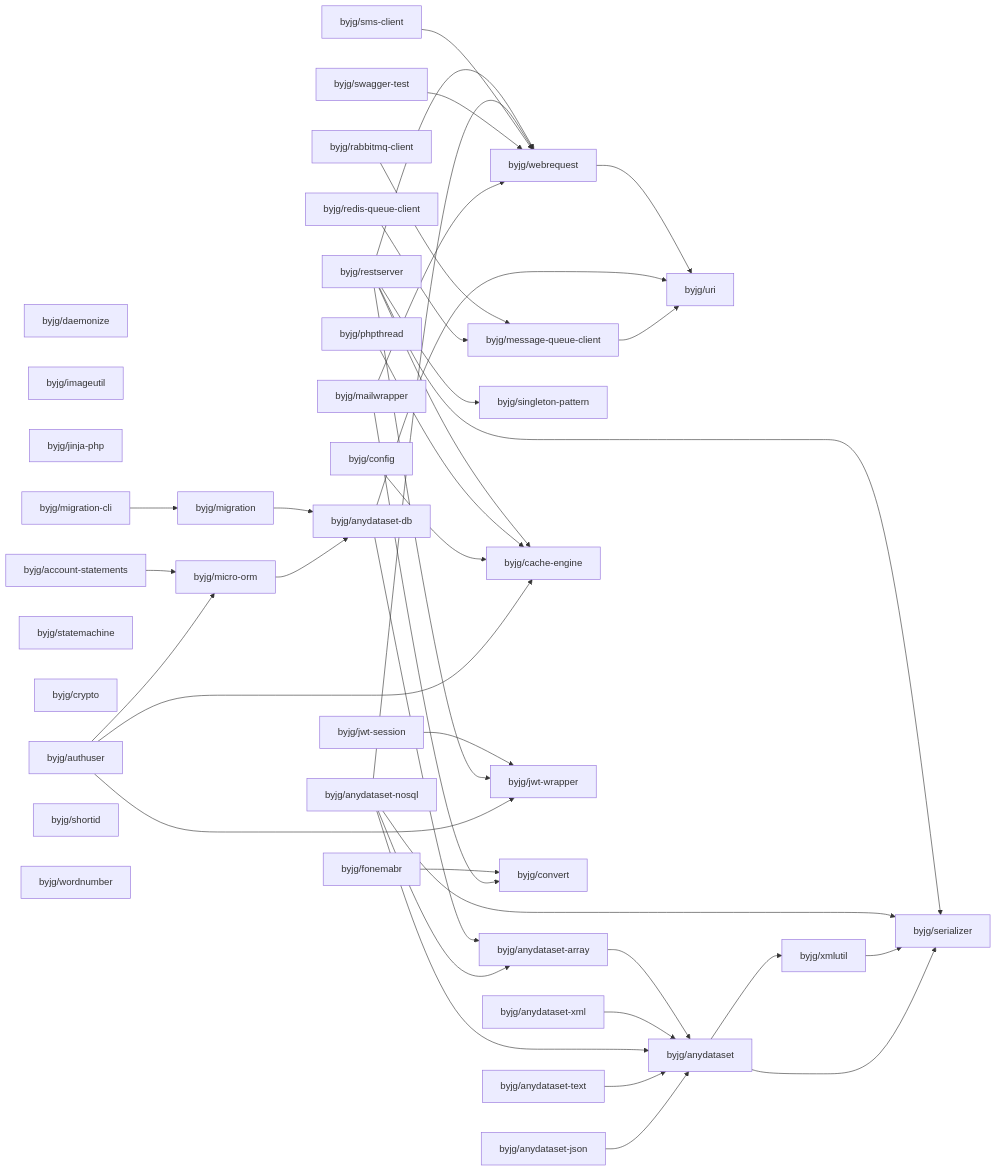
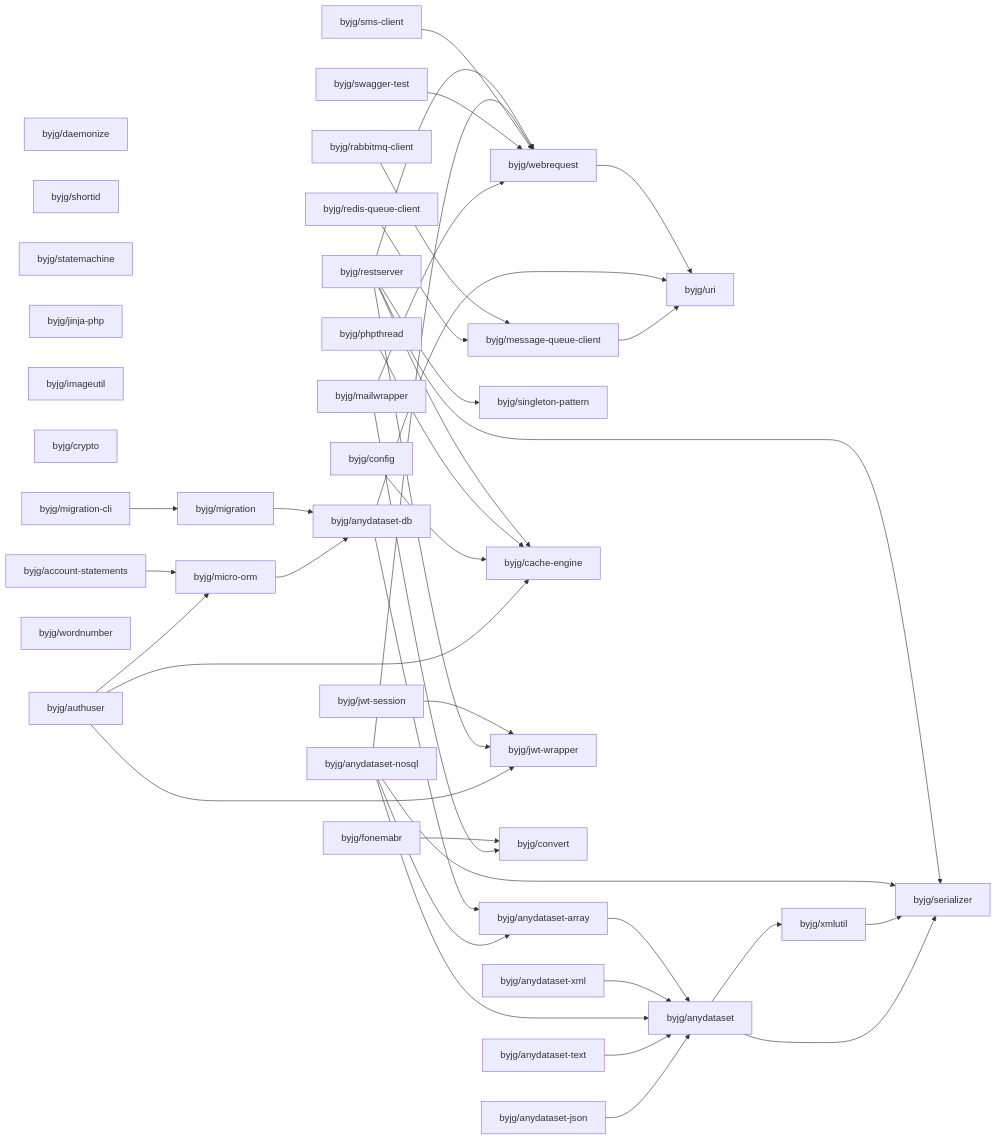
The diagram in docs/php/README.md (byjg/byjg.github.io), drawn with Mermaid before and after one commit. The commit also changed other lines of this file, not shown here.

````diff
--- a/docs/php/README.md
+++ b/docs/php/README.md
@@ -3,78 +3,78 @@
 ```mermaid
 graph LR;
-  byjg/anydataset-json;
-  byjg/anydataset-xml;
-  byjg/anydataset-nosql;
   byjg/jwt-session;
+  byjg/restserver;
+  byjg/phpthread;
   byjg/anydataset-text;
+  byjg/fonemabr;
   byjg/daemonize;
-  byjg/imageutil;
+  byjg/shortid;
+  byjg/statemachine;
+  byjg/config;
   byjg/jinja-php;
   byjg/rabbitmq-client;
-  byjg/phpthread;
-  byjg/fonemabr;
+  byjg/anydataset-xml;
+  byjg/imageutil;
+  byjg/crypto;
   byjg/account-statements;
-  byjg/restserver;
+  byjg/anydataset-json;
+  byjg/redis-queue-client;
   byjg/migration-cli;
+  byjg/wordnumber;
+  byjg/sms-client;
+  byjg/authuser;
+  byjg/mailwrapper;
   byjg/swagger-test;
-  byjg/config;
-  byjg/statemachine;
-  byjg/redis-queue-client;
-  byjg/crypto;
-  byjg/authuser;
-  byjg/sms-client;
-  byjg/shortid;
-  byjg/mailwrapper;
-  byjg/wordnumber;
+  byjg/anydataset-nosql;
   byjg/singleton-pattern;
+  byjg/message-queue-client;
   byjg/migration;
-  byjg/message-queue-client;
   byjg/micro-orm;
   byjg/cache-engine;
   byjg/jwt-wrapper;
   byjg/convert;
   byjg/webrequest;
   byjg/anydataset-db;
   byjg/anydataset-array;
   byjg/uri;
   byjg/anydataset;
   byjg/xmlutil;
   byjg/serializer;
   byjg/account-statements --> byjg/micro-orm;
   byjg/fonemabr --> byjg/convert;
   byjg/webrequest --> byjg/uri;
   byjg/anydataset-array --> byjg/anydataset;
   byjg/anydataset-xml --> byjg/anydataset;
   byjg/rabbitmq-client --> byjg/message-queue-client;
   byjg/redis-queue-client --> byjg/message-queue-client;
   byjg/jwt-session --> byjg/jwt-wrapper;
   byjg/anydataset-db --> byjg/anydataset-array;
   byjg/anydataset-db --> byjg/uri;
   byjg/restserver --> byjg/serializer;
   byjg/restserver --> byjg/singleton-pattern;
   byjg/restserver --> byjg/cache-engine;
   byjg/restserver --> byjg/webrequest;
   byjg/restserver --> byjg/jwt-wrapper;
   byjg/migration --> byjg/anydataset-db;
   byjg/anydataset-nosql --> byjg/anydataset;
   byjg/anydataset-nosql --> byjg/anydataset-array;
   byjg/anydataset-nosql --> byjg/serializer;
   byjg/anydataset-nosql --> byjg/webrequest;
   byjg/phpthread --> byjg/cache-engine;
   byjg/sms-client --> byjg/webrequest;
   byjg/swagger-test --> byjg/webrequest;
   byjg/migration-cli --> byjg/migration;
   byjg/config --> byjg/cache-engine;
   byjg/anydataset-text --> byjg/anydataset;
   byjg/micro-orm --> byjg/anydataset-db;
   byjg/authuser --> byjg/micro-orm;
   byjg/authuser --> byjg/cache-engine;
   byjg/authuser --> byjg/jwt-wrapper;
   byjg/anydataset-json --> byjg/anydataset;
   byjg/mailwrapper --> byjg/convert;
   byjg/mailwrapper --> byjg/webrequest;
   byjg/xmlutil --> byjg/serializer;
   byjg/anydataset --> byjg/serializer;
   byjg/anydataset --> byjg/xmlutil;
   byjg/message-queue-client --> byjg/uri;
 ```
````
